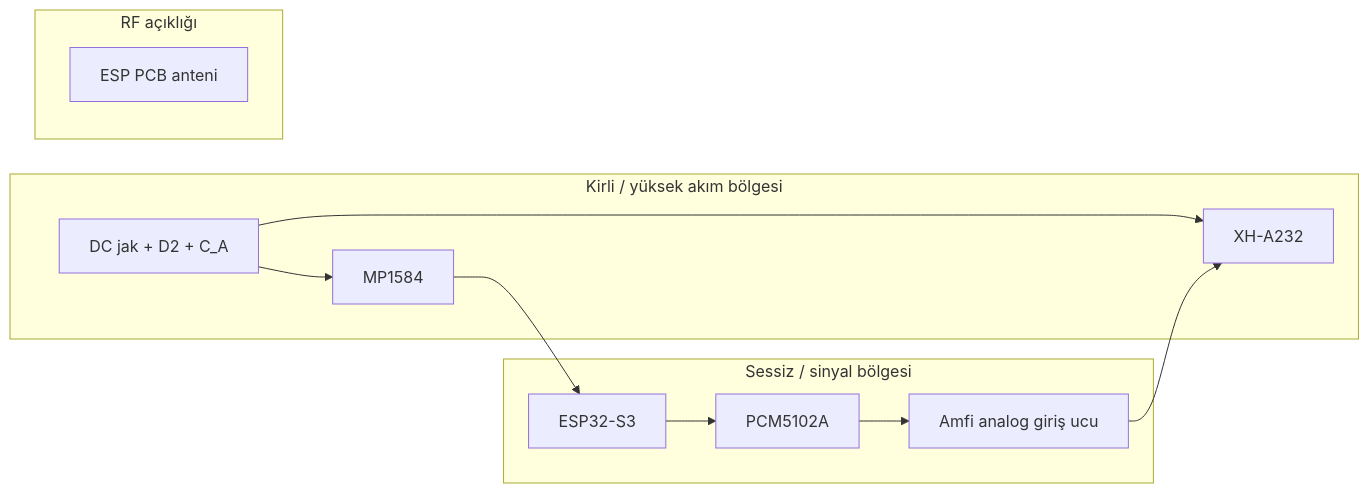
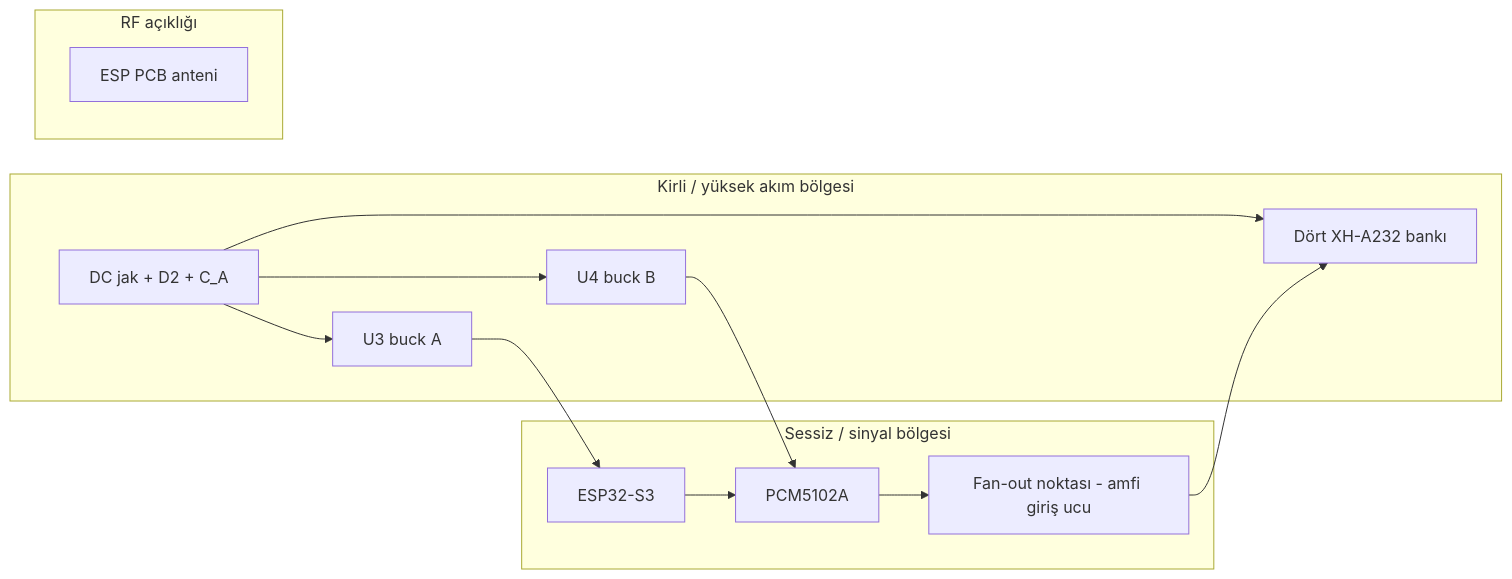
The fifth of 7 diagrams in docs/02-hardware/circuit-and-wiring-plan.md (ktahatastan/esp32-airplay-speakers), drawn with Mermaid before and after one commit. The commit also changed other lines of this file and 122 other files, not shown here.

````diff
--- a/docs/02-hardware/circuit-and-wiring-plan.md
+++ b/docs/02-hardware/circuit-and-wiring-plan.md
@@ -271,18 +324,21 @@
 ```mermaid
 flowchart LR
     subgraph NOISY[Kirli / yüksek akım bölgesi]
       JACK2[DC jak + D2 + C_A]
-      BUCK2[MP1584]
-      AMP2[XH-A232]
+      BUCKA2[U3 buck A]
+      BUCKB2[U4 buck B]
+      AMPS2[Dört XH-A232 bankı]
     end
     subgraph QUIET[Sessiz / sinyal bölgesi]
       ESP2[ESP32-S3]
       DAC2[PCM5102A]
-      AIN2[Amfi analog giriş ucu]
+      AIN2[Fan-out noktası - amfi giriş ucu]
     end
     subgraph RF[RF açıklığı]
       ANT[ESP PCB anteni]
     end
-    JACK2 --> AMP2
-    JACK2 --> BUCK2 --> ESP2 --> DAC2 --> AIN2 --> AMP2
+    JACK2 --> AMPS2
+    JACK2 --> BUCKA2 --> ESP2
+    JACK2 --> BUCKB2 --> DAC2
+    ESP2 --> DAC2 --> AIN2 --> AMPS2
 ```
````
